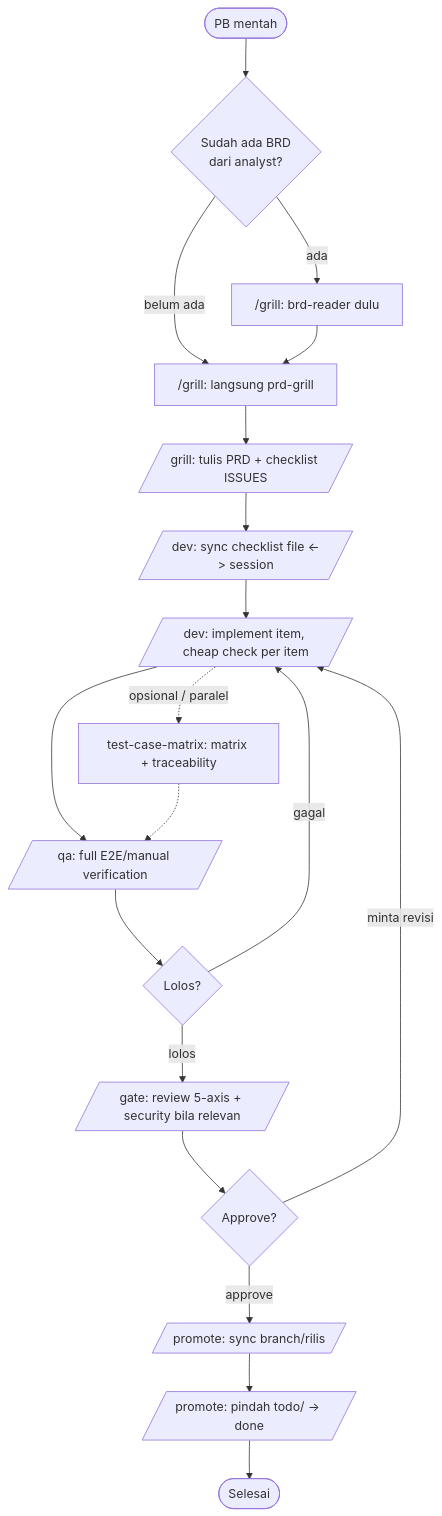
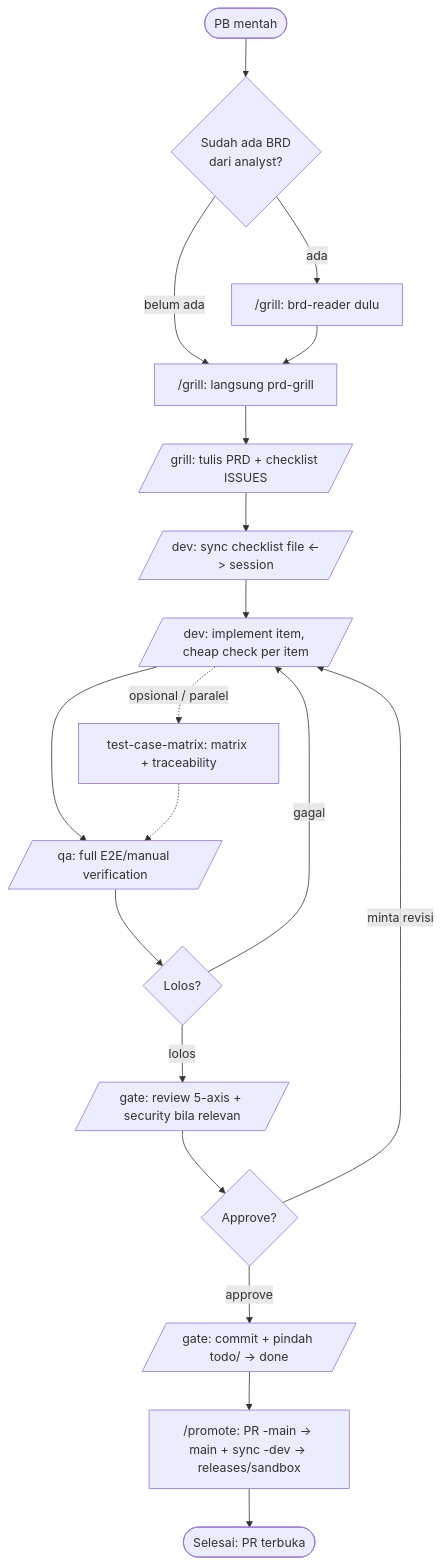
The first of 2 diagrams in guides/new-feature-flow.md (knittotextile/knitto-agent-skills), drawn with Mermaid before and after one commit. The commit also changed other lines of this file and 65 other files, not shown here.

````diff
--- a/guides/new-feature-flow.md
+++ b/guides/new-feature-flow.md
@@ -48,21 +67,21 @@
 ```mermaid
 flowchart TD
     Start([PB mentah]) --> Q1{Sudah ada BRD\ndari analyst?}
     Q1 -->|ada| G1["/grill: brd-reader dulu"]
     Q1 -->|belum ada| G2["/grill: langsung prd-grill"]
     G1 --> G2
     G2 --> G3[/grill: tulis PRD + checklist ISSUES/]
     G3 --> D1[/dev: sync checklist file <-> session/]
     D1 --> D2[/dev: implement item, cheap check per item/]
     D2 -.opsional / paralel.-> TCM[test-case-matrix: matrix + traceability]
     D2 --> Q2[/qa: full E2E/manual verification/]
     TCM -.-> Q2
     Q2 --> QG{Lolos?}
     QG -->|gagal| D2
     QG -->|lolos| GT[/gate: review 5-axis + security bila relevan/]
     GT --> GG{Approve?}
     GG -->|minta revisi| D2
-    GG -->|approve| P1[/promote: sync branch/rilis/]
-    P1 --> P2[/promote: pindah todo/ -> done/]
-    P2 --> End([Selesai])
+    GG -->|approve| GD[/gate: commit + pindah todo/ -> done/]
+    GD --> P1["/promote: PR -main -> main + sync -dev -> releases/sandbox"]
+    P1 --> End([Selesai: PR terbuka])
 ```
````
